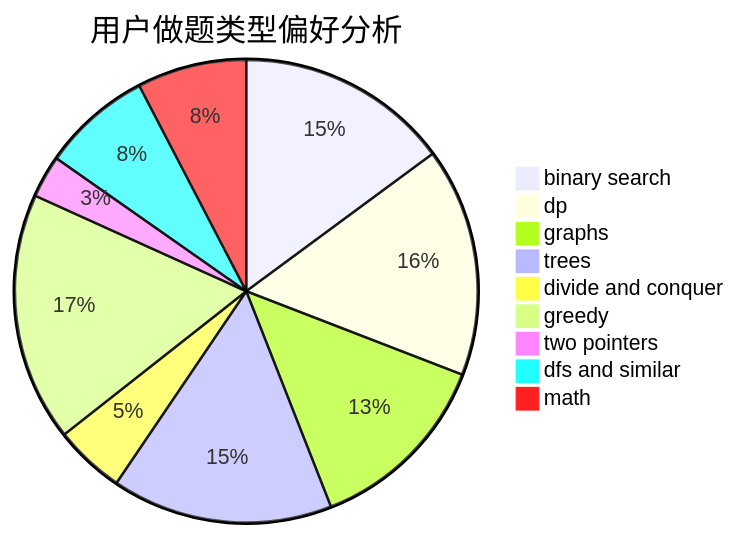
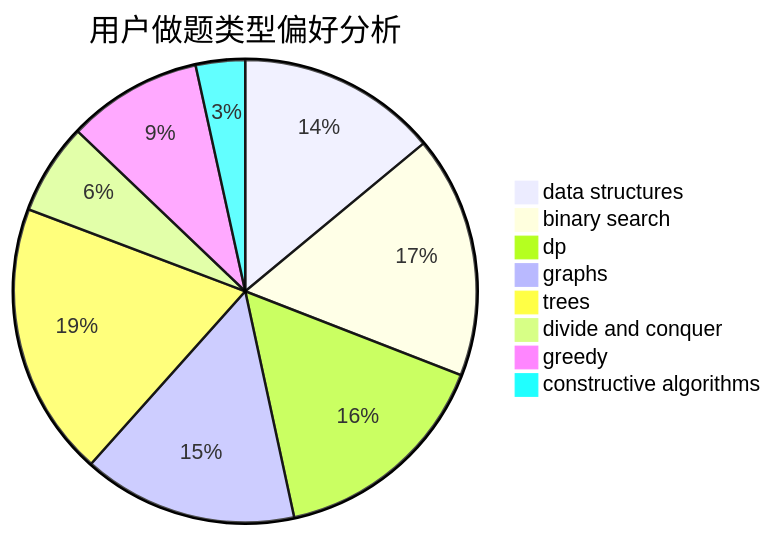
The second of 3 diagrams in docs/user/u171.md (sherpahu/cfrs.github.io), drawn with Mermaid before and after one commit. The commit also changed other lines of this file and 2775 other files, not shown here.

````diff
--- a/docs/user/u171.md
+++ b/docs/user/u171.md
@@ -23,12 +23,11 @@
 ```mermaid
 pie title 用户做题类型偏好分析
-    "binary search" :  191
-    "dp" :  205
-    "graphs" :  169
-    "trees" :  198
+    "data structures" :  138
+    "binary search" :  167
+    "dp" :  155
+    "graphs" :  148
+    "trees" :  189
     "divide and conquer" :  63
-    "greedy" :  223
-    "two pointers" :  38
-    "dfs and similar" :  98
-    "math" :  98
+    "greedy" :  93
+    "constructive algorithms" :  34
 ```
````
